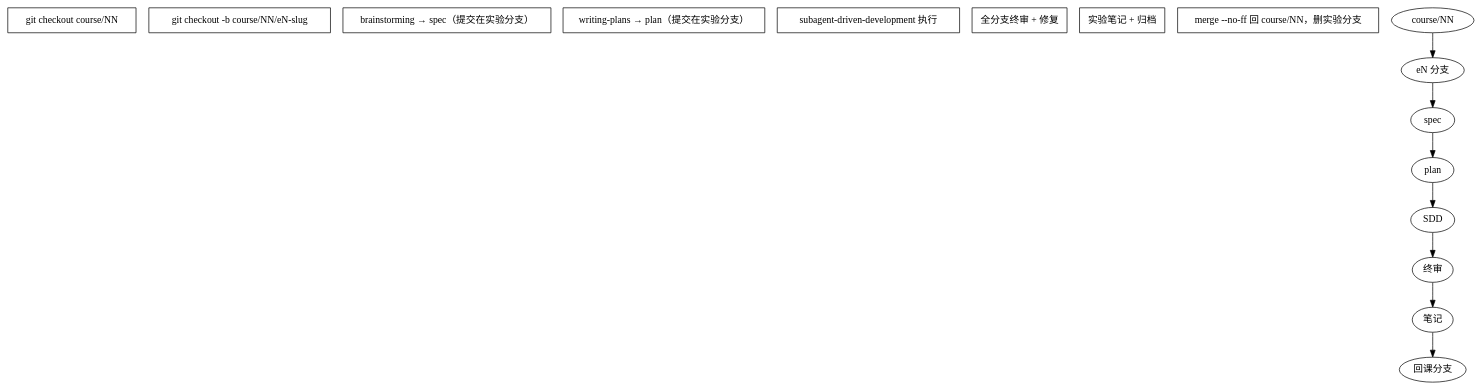
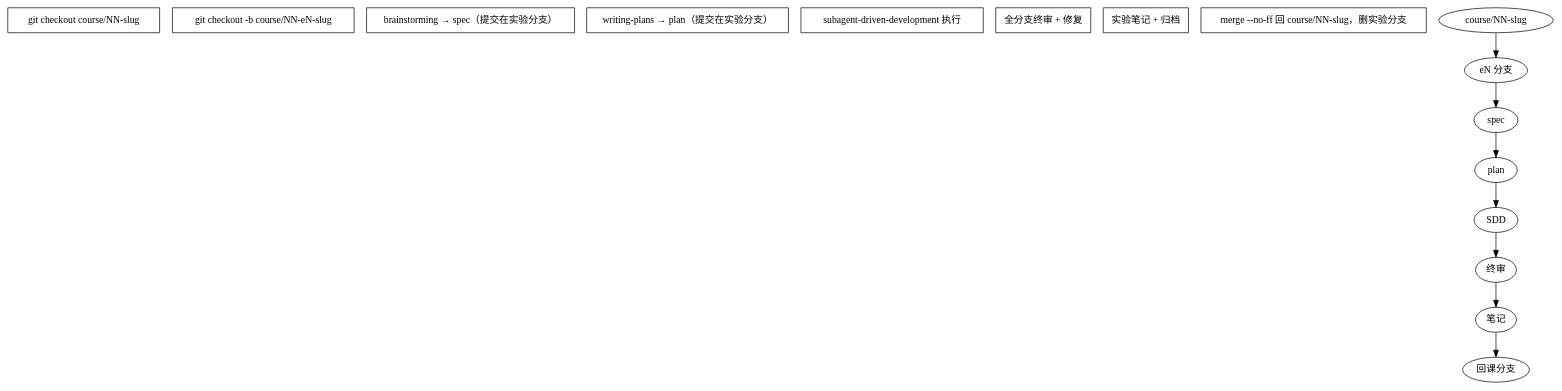
One commit to SuperAlways/gomoku-rl changed the diagram in docs/course/branching-sop.md. Above: the diagram before and after it, drawn with Graphviz. The commit also changed other lines of this file, not shown here.

Commit message:
docs: SOP 实验分支命名改为平铺 course/NN-eN-slug（git 分支不可嵌套）

````diff
--- a/docs/course/branching-sop.md
+++ b/docs/course/branching-sop.md
@@ -42,14 +46,14 @@
 ```dot
 digraph experiment {
   rankdir=TB;
-  "git checkout course/NN" [shape=box];
-  "git checkout -b course/NN/eN-slug" [shape=box];
+  "git checkout course/NN-slug" [shape=box];
+  "git checkout -b course/NN-eN-slug" [shape=box];
   "brainstorming → spec（提交在实验分支）" [shape=box];
   "writing-plans → plan（提交在实验分支）" [shape=box];
   "subagent-driven-development 执行" [shape=box];
   "全分支终审 + 修复" [shape=box];
   "实验笔记 + 归档" [shape=box];
-  "merge --no-ff 回 course/NN，删实验分支" [shape=box];
-  "course/NN" -> "eN 分支" -> "spec" -> "plan" -> "SDD" -> "终审" -> "笔记" -> "回课分支";
+  "merge --no-ff 回 course/NN-slug，删实验分支" [shape=box];
+  "course/NN-slug" -> "eN 分支" -> "spec" -> "plan" -> "SDD" -> "终审" -> "笔记" -> "回课分支";
 }
 ```
````
